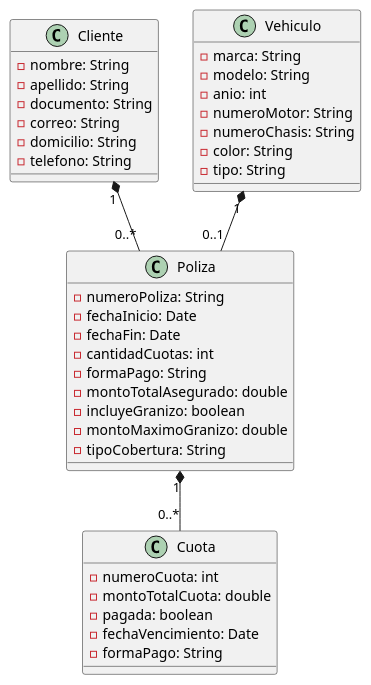
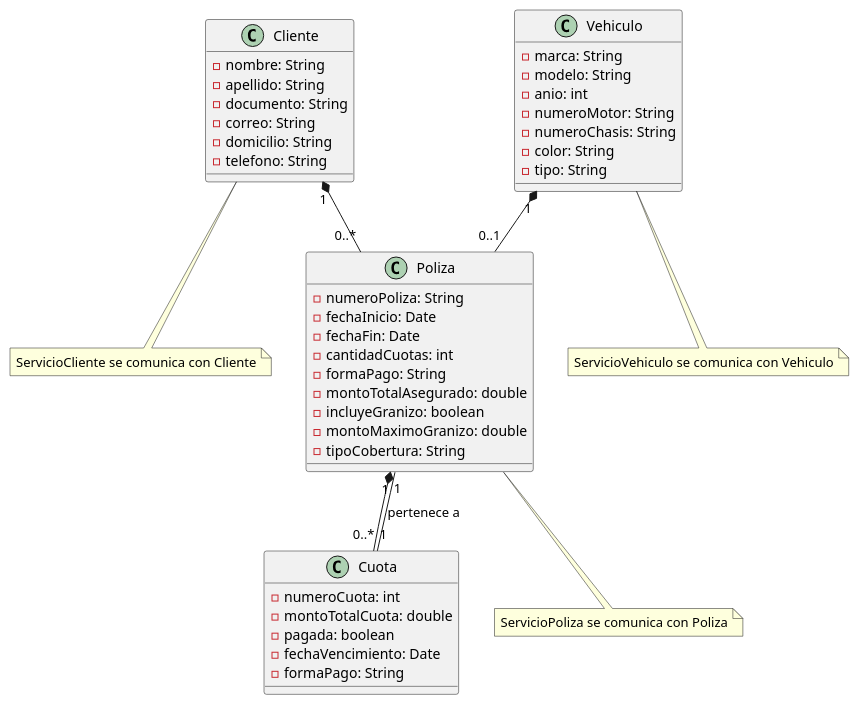
The diagram in src/Relaciones/Ejercicios/EjercicioExtra3/Diagrama.puml (CristianEmanuelCamposFuentes/programacion-orientada-objetos), drawn with PlantUML before and after one commit.

Commit message:
Actualizar Diagrama.puml

```diff
--- a/src/Relaciones/Ejercicios/EjercicioExtra3/Diagrama.puml
+++ b/src/Relaciones/Ejercicios/EjercicioExtra3/Diagrama.puml
@@ -1,42 +1,46 @@
 @startuml
 class Cliente {
   - nombre: String
   - apellido: String
   - documento: String
   - correo: String
   - domicilio: String
   - telefono: String
 }
 class Vehiculo {
   - marca: String
   - modelo: String
   - anio: int
   - numeroMotor: String
   - numeroChasis: String
   - color: String
   - tipo: String
 }
 class Poliza {
   - numeroPoliza: String
   - fechaInicio: Date
   - fechaFin: Date
   - cantidadCuotas: int
   - formaPago: String
   - montoTotalAsegurado: double
   - incluyeGranizo: boolean
   - montoMaximoGranizo: double
   - tipoCobertura: String
 }
 class Cuota {
   - numeroCuota: int
   - montoTotalCuota: double
   - pagada: boolean
   - fechaVencimiento: Date
   - formaPago: String
 }
 
 Cliente "1" *-- "0..*" Poliza
 Vehiculo "1" *-- "0..1" Poliza
 Poliza "1" *-- "0..*" Cuota
+Cuota "1" -- "1" Poliza : pertenece a
 
+note bottom of Cliente: ServicioCliente se comunica con Cliente
+note bottom of Vehiculo: ServicioVehiculo se comunica con Vehiculo
+note bottom of Poliza: ServicioPoliza se comunica con Poliza
 @enduml
```
